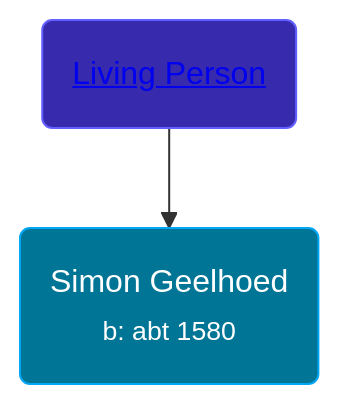
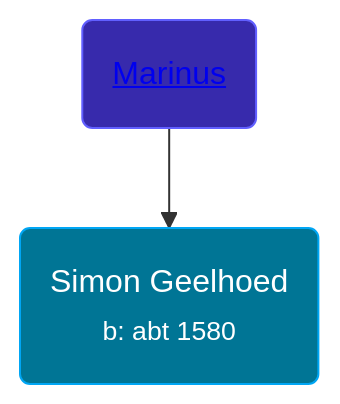
One commit to wpmgotkh/wpmgotkh.github.io changed the diagram in pages/people/7/784264.md. Above: the diagram before and after it, drawn with Mermaid. The commit also changed other lines of this file and 586 other files, not shown here.

Commit message:
feat: better shouldConsiderPersonLiving algo

````diff
--- a/pages/people/7/784264.md
+++ b/pages/people/7/784264.md
@@ -11,8 +11,8 @@
 ```mermaid
 graph
 classDef grands fill:#193cb8,stroke:#2b7fff,stroke-width:1px,color:#fff;
 classDef parents fill:#372aac,stroke:#615fff,stroke-width:1px,color:#fff;
 classDef primary fill:#007595,stroke:#00a6f4,stroke-width:1px,color:#fff;
 784264(Simon Geelhoed<br /><small>b: abt 1580</small>):::primary
-5696556(<a class="text-white" href="/people/5/5696556">Living Person</a>):::parents-->784264
+5696556(<a class="text-white" href="/people/5/5696556">Marinus </a>):::parents-->784264
 ```
````
